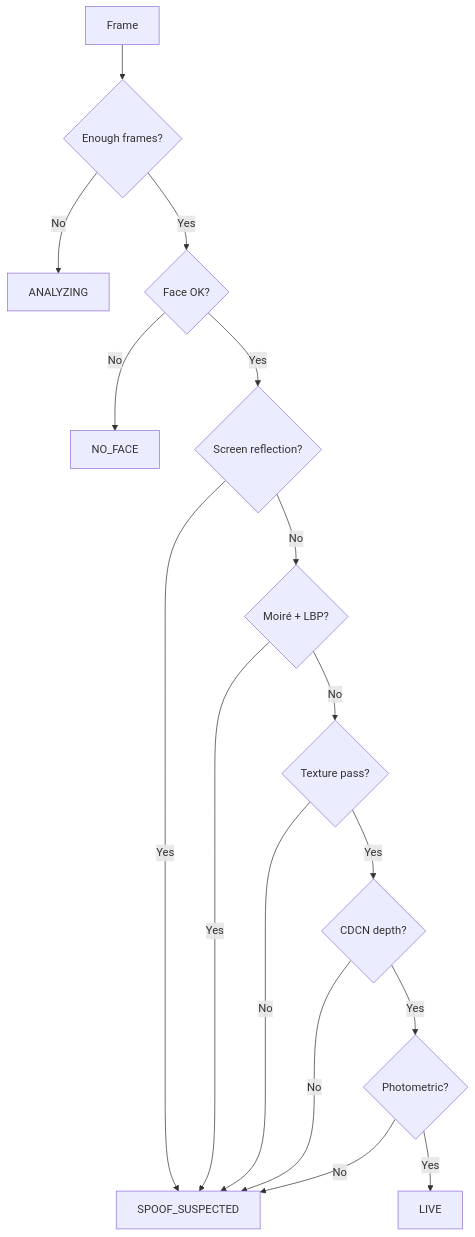
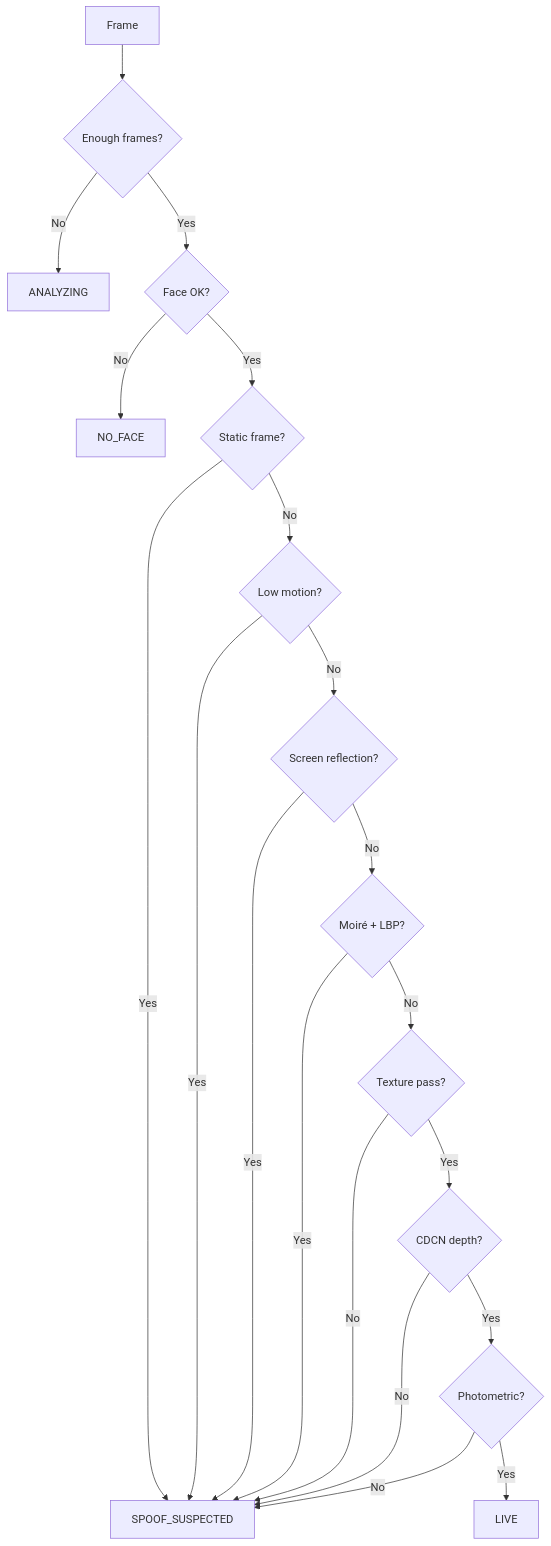
Before and after one commit to iamjosephmj/OpenPAD: the second of 2 diagrams in README.md, drawn with Mermaid. The commit also changed other lines of this file, not shown here.

````diff
--- a/README.md
+++ b/README.md
@@ -314,18 +330,22 @@
 ```mermaid
 flowchart TD
     A[Frame] --> B{Enough frames?}
     B -->|No| ANALYZING[ANALYZING]
     B -->|Yes| C{Face OK?}
     C -->|No| NO_FACE[NO_FACE]
-    C -->|Yes| D{Screen reflection?}
-    D -->|Yes| SPOOF[SPOOF_SUSPECTED]
+    C -->|Yes| SF{Static frame?}
+    SF -->|Yes| SPOOF[SPOOF_SUSPECTED]
+    SF -->|No| LM{Low motion?}
+    LM -->|Yes| SPOOF
+    LM -->|No| D{Screen reflection?}
+    D -->|Yes| SPOOF
     D -->|No| E{Moiré + LBP?}
     E -->|Yes| SPOOF
     E -->|No| F{Texture pass?}
     F -->|No| SPOOF
     F -->|Yes| G{CDCN depth?}
     G -->|No| SPOOF
     G -->|Yes| H{Photometric?}
     H -->|No| SPOOF
     H -->|Yes| LIVE[LIVE]
 ```
````
